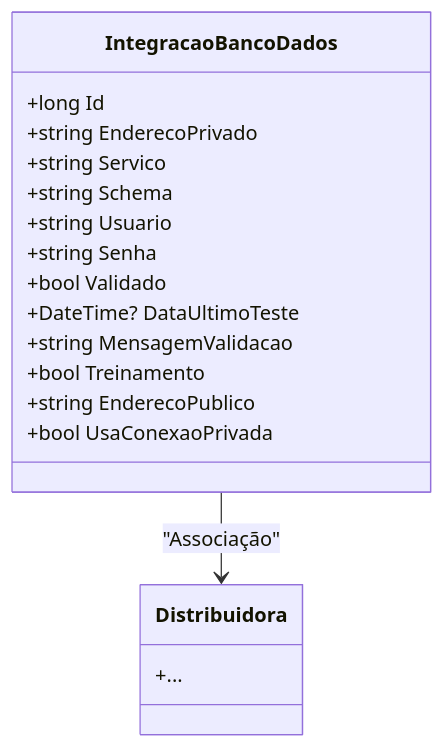
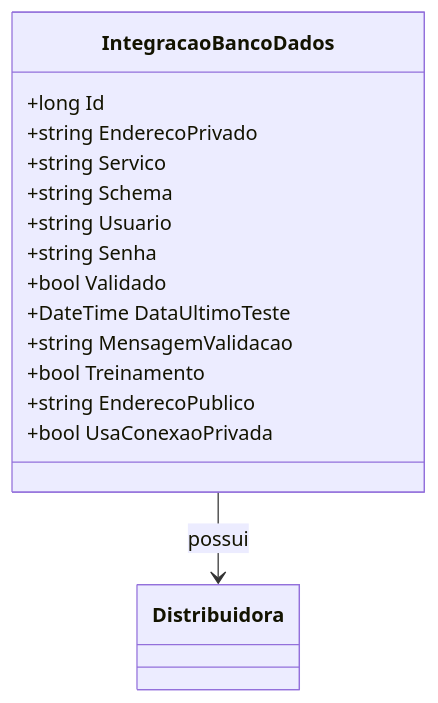
The diagram in docs/b2b-dominio/IsthmusWinthor.Nucleo/IsthmusWinthor.Dominio/Entidades/IntegracaoBancoDados.md (IsthmusSistemas/documentacao-tecnica), drawn with Mermaid before and after one commit. The commit also changed other lines of this file and 882 other files, not shown here.

````diff
--- a/docs/b2b-dominio/IsthmusWinthor.Nucleo/IsthmusWinthor.Dominio/Entidades/IntegracaoBancoDados.md
+++ b/docs/b2b-dominio/IsthmusWinthor.Nucleo/IsthmusWinthor.Dominio/Entidades/IntegracaoBancoDados.md
@@ -21,21 +21,18 @@
 ```mermaid
 classDiagram
     class IntegracaoBancoDados {
         +long Id
         +string EnderecoPrivado
         +string Servico
         +string Schema
         +string Usuario
         +string Senha
         +bool Validado
-        +DateTime? DataUltimoTeste
+        +DateTime DataUltimoTeste
         +string MensagemValidacao
         +bool Treinamento
         +string EnderecoPublico
         +bool UsaConexaoPrivada
     }
-    class Distribuidora {
-        +...
-    }
-    IntegracaoBancoDados --> Distribuidora : "Associação"
+    IntegracaoBancoDados --> Distribuidora : possui
 ```
````
